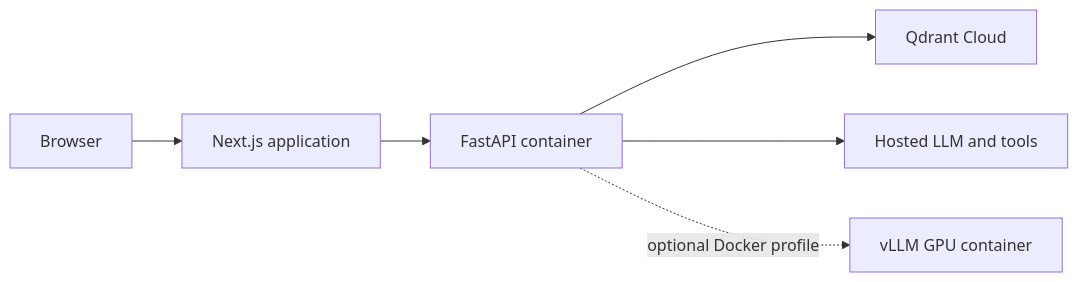
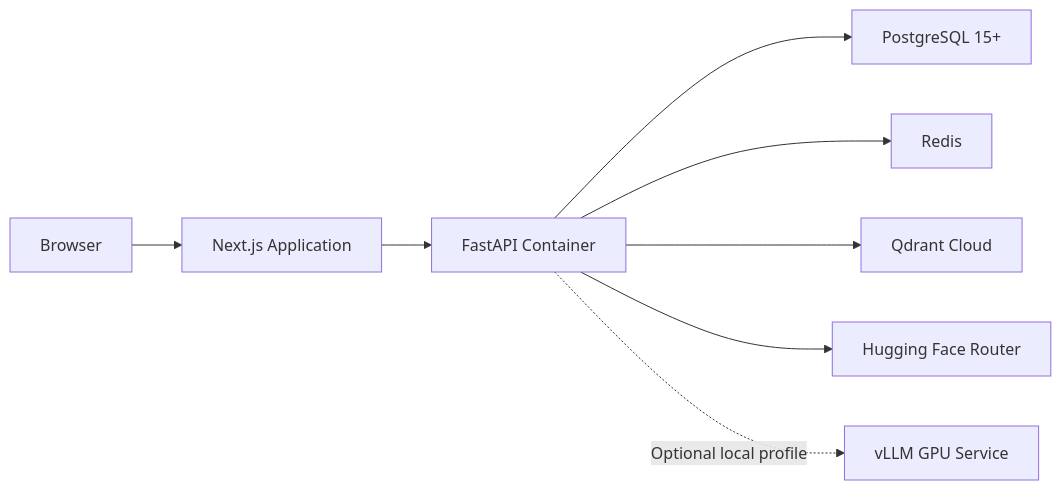
The ninth of 9 diagrams in week15-engineering-ai-systems/task1-ai-assistant-backend/docs/architecture.md (ManishJoc14/Fusemachines), drawn with Mermaid before and after one commit. The commit also changed other lines of this file and 1 other file, not shown here.

````diff
--- a/week15-engineering-ai-systems/task1-ai-assistant-backend/docs/architecture.md
+++ b/week15-engineering-ai-systems/task1-ai-assistant-backend/docs/architecture.md
@@ -114,8 +309,10 @@
 ```mermaid
 flowchart LR
-    Browser["Browser"] --> Web["Next.js application"]
-    Web --> API["FastAPI container"]
+    Browser["Browser"] --> Web["Next.js Application"]
+    Web --> API["FastAPI Container"]
+    API --> DB["PostgreSQL 15+"]
+    API --> Redis["Redis"]
     API --> Qdrant["Qdrant Cloud"]
-    API --> Hosted["Hosted LLM and tools"]
-    API -. "optional Docker profile" .-> GPU["vLLM GPU container"]
+    API --> Hosted["Hugging Face Router"]
+    API -. "Optional local profile" .-> VLLM["vLLM GPU Service"]
 ```
````
